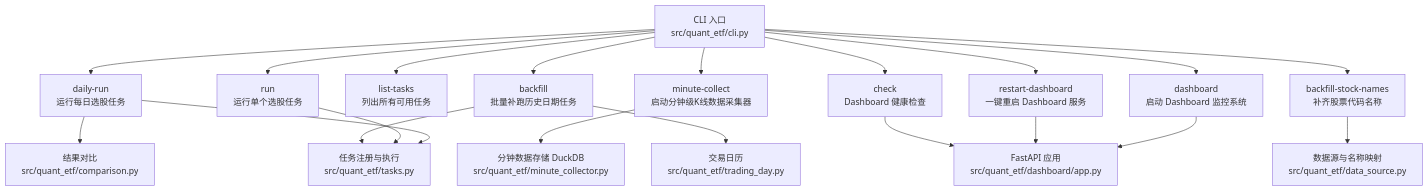
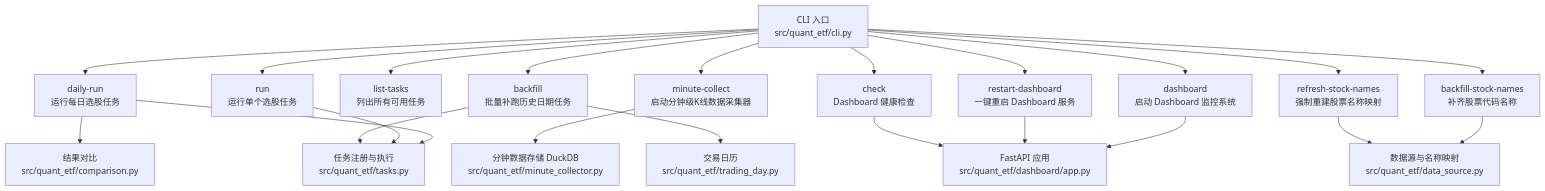
The first of 4 diagrams in .qoder/repowiki/zh/content/CLI命令参考/CLI命令参考.md (ldeng76/quant-ETF), drawn with Mermaid before and after one commit. The commit also changed other lines of this file and 11 other files, not shown here.

````diff
--- a/.qoder/repowiki/zh/content/CLI命令参考/CLI命令参考.md
+++ b/.qoder/repowiki/zh/content/CLI命令参考/CLI命令参考.md
@@ -43,22 +46,24 @@
 ```mermaid
 graph TB
 CLI["CLI 入口<br/>src/quant_etf/cli.py"] --> DailyRun["daily-run<br/>运行每日选股任务"]
 CLI --> RunCmd["run<br/>运行单个选股任务"]
 CLI --> ListTasks["list-tasks<br/>列出所有可用任务"]
 CLI --> Dashboard["dashboard<br/>启动 Dashboard 监控系统"]
 CLI --> MinuteCollect["minute-collect<br/>启动分钟级K线数据采集器"]
 CLI --> Backfill["backfill<br/>批量补跑历史日期任务"]
 CLI --> RestartDash["restart-dashboard<br/>一键重启 Dashboard 服务"]
 CLI --> CheckDash["check<br/>Dashboard 健康检查"]
 CLI --> BackfillNames["backfill-stock-names<br/>补齐股票代码名称"]
+CLI --> RefreshNames["refresh-stock-names<br/>强制重建股票名称映射"]
 DailyRun --> Tasks["任务注册与执行<br/>src/quant_etf/tasks.py"]
 RunCmd --> Tasks
 Backfill --> Tasks
 Backfill --> TradingDay["交易日历<br/>src/quant_etf/trading_day.py"]
 DailyRun --> Compare["结果对比<br/>src/quant_etf/comparison.py"]
 MinuteCollect --> MinuteDB["分钟数据存储 DuckDB<br/>src/quant_etf/minute_collector.py"]
 Dashboard --> DashApp["FastAPI 应用<br/>src/quant_etf/dashboard/app.py"]
 RestartDash --> DashApp
 CheckDash --> DashApp
 BackfillNames --> DataSource["数据源与名称映射<br/>src/quant_etf/data_source.py"]
+RefreshNames --> DataSource
 ```
````
